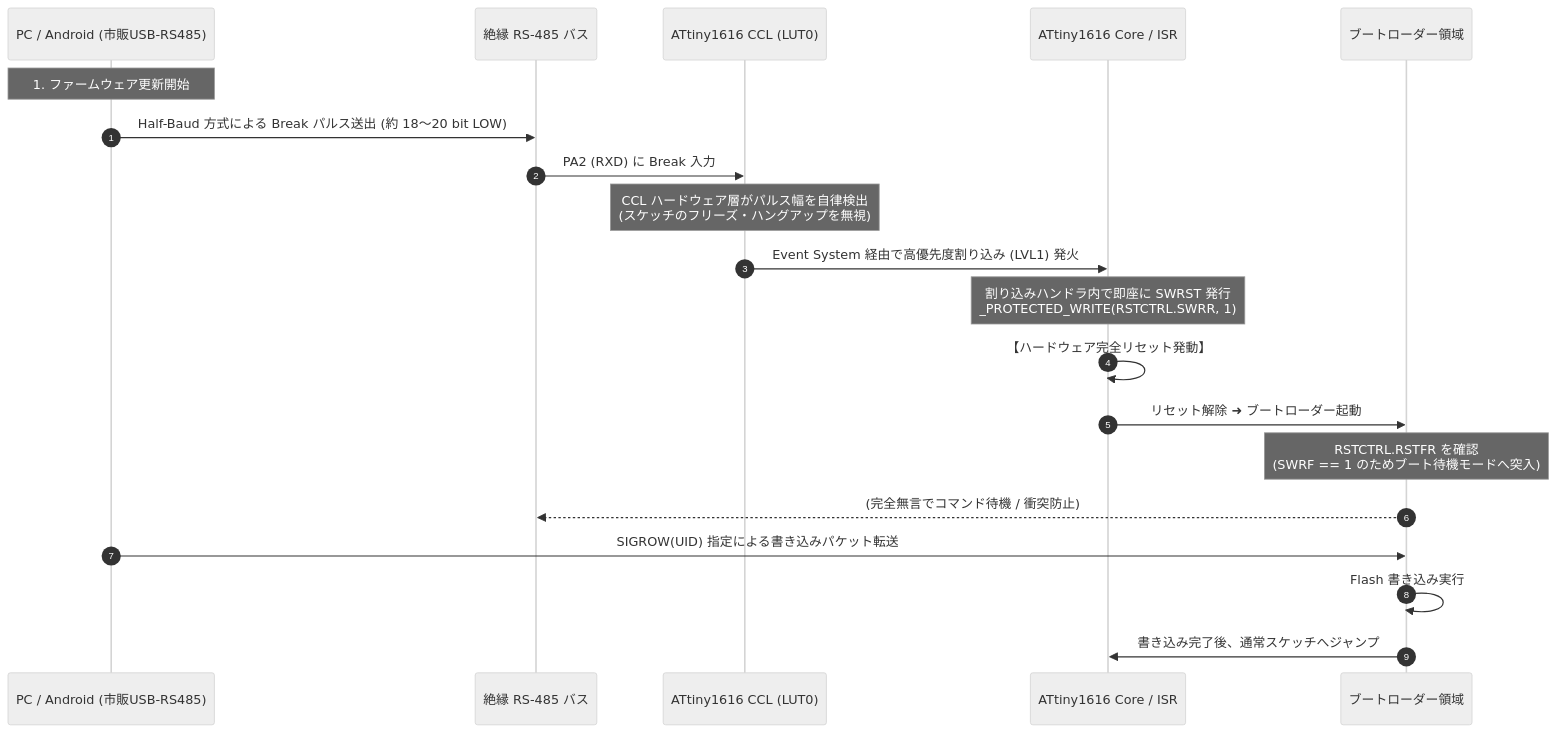
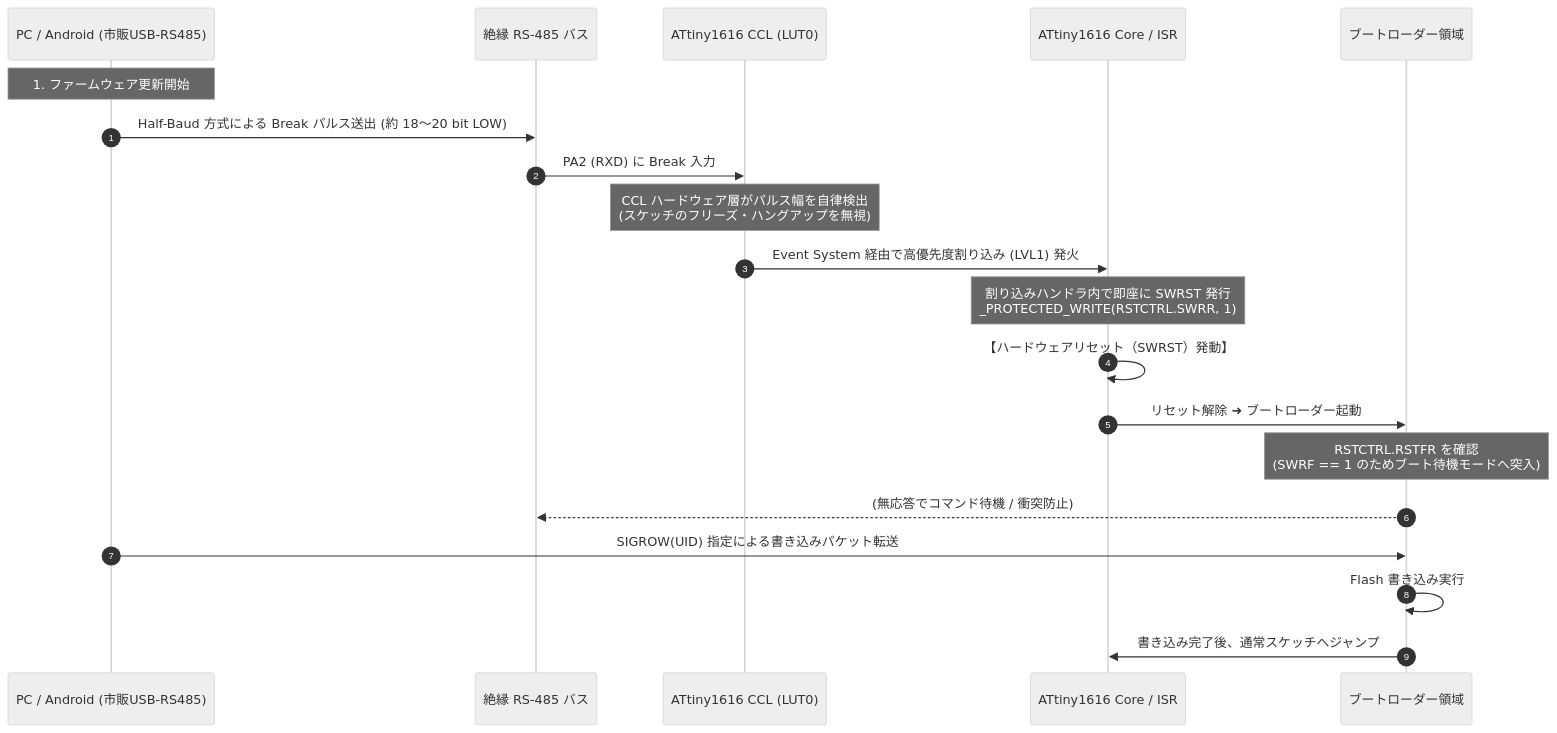
Before and after one commit to Masafuro/ADX: the diagram in hardware/CORE-A5/spec_study.md, drawn with Mermaid (neutral theme). The commit also changed other lines of this file and 6 other files, not shown here.

````diff
--- a/hardware/CORE-A5/spec_study.md
+++ b/hardware/CORE-A5/spec_study.md
@@ -134,23 +134,23 @@
 ```mermaid
 sequenceDiagram
     autonumber
     participant Host as PC / Android (市販USB-RS485)
     participant Bus as 絶縁 RS-485 バス
     participant CCL as ATtiny1616 CCL (LUT0)
     participant CPU as ATtiny1616 Core / ISR
     participant Boot as ブートローダー領域
 
     Note over Host: 1. ファームウェア更新開始
     Host->>Bus: Half-Baud 方式による Break パルス送出 (約 18〜20 bit LOW)
     Bus->>CCL: PA2 (RXD) に Break 入力
     Note over CCL: CCL ハードウェア層がパルス幅を自律検出<br/>(スケッチのフリーズ・ハングアップを無視)
     CCL->>CPU: Event System 経由で高優先度割り込み (LVL1) 発火
     Note over CPU: 割り込みハンドラ内で即座に SWRST 発行<br/>_PROTECTED_WRITE(RSTCTRL.SWRR, 1)
-    CPU->>CPU: 【ハードウェア完全リセット発動】
+    CPU->>CPU: 【ハードウェアリセット（SWRST）発動】
     CPU->>Boot: リセット解除 ➜ ブートローダー起動
     Note over Boot: RSTCTRL.RSTFR を確認<br/>(SWRF == 1 のためブート待機モードへ突入)
-    Boot-->>Bus: (完全無言でコマンド待機 / 衝突防止)
+    Boot-->>Bus: (無応答でコマンド待機 / 衝突防止)
     Host->>Boot: SIGROW(UID) 指定による書き込みパケット転送
     Boot->>Boot: Flash 書き込み実行
     Boot->>CPU: 書き込み完了後、通常スケッチへジャンプ
 ```
````
